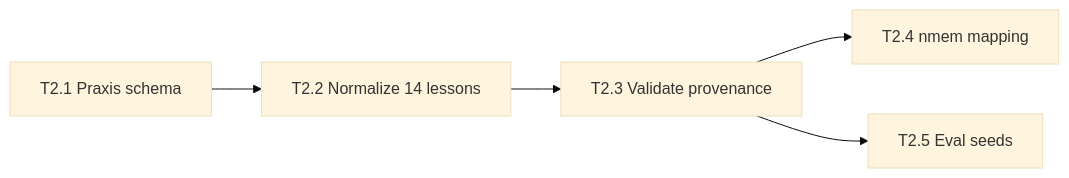
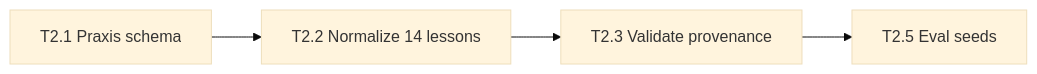
The fourth of 12 diagrams in worklog/2026-11-19/todo.md (emliunix/paperfs.rs), drawn with Mermaid (base theme) before and after one commit. The commit also changed other lines of this file and 1 other file, not shown here.

Commit message:
docs(pg): apply discussion corrections - nmem out of scope, reliability testing, typed stages

```diff
--- a/worklog/2026-11-19/todo.md
+++ b/worklog/2026-11-19/todo.md
@@ -256,6 +253,5 @@
 ~~~mermaid
 flowchart LR
   T2_1["T2.1 Praxis schema"] --> T2_2["T2.2 Normalize 14 lessons"] --> T2_3["T2.3 Validate provenance"]
-  T2_3 --> T2_4["T2.4 nmem mapping"]
   T2_3 --> T2_5["T2.5 Eval seeds"]
 ~~~
```
